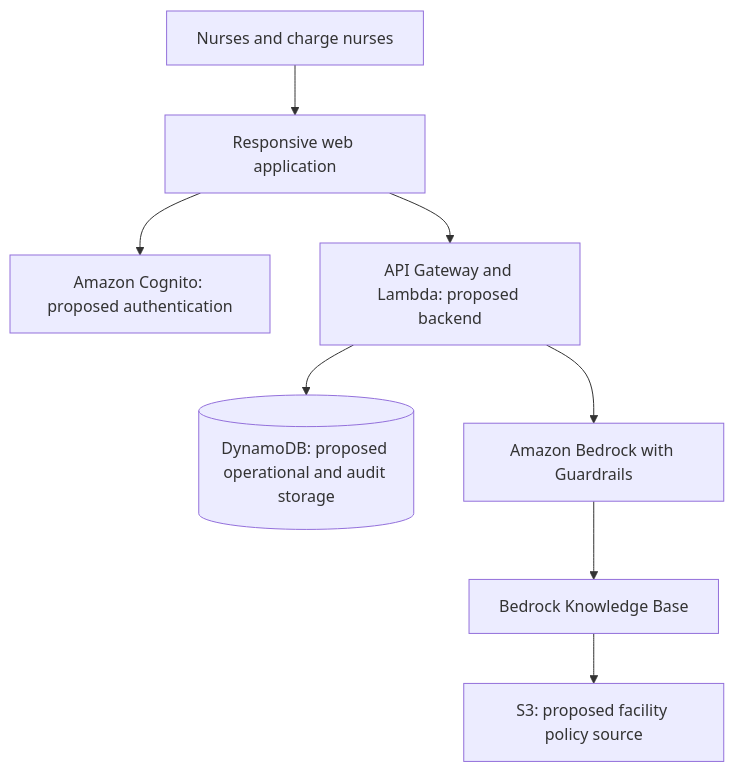
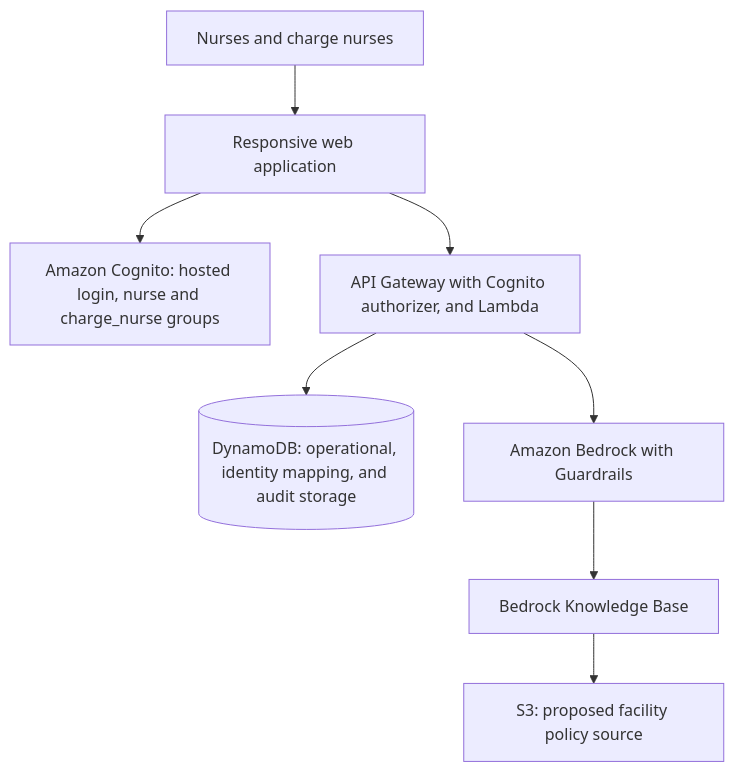
The diagram in README.md (VikramArunkumar/AWS-team-7), drawn with Mermaid before and after one commit. The commit also changed other lines of this file and 39 other files, not shown here.

````diff
--- a/README.md
+++ b/README.md
@@ -79,10 +87,10 @@
 ```mermaid
 flowchart TD
     Users[Nurses and charge nurses] --> Web[Responsive web application]
-    Web --> Auth[Amazon Cognito: proposed authentication]
-    Web --> API[API Gateway and Lambda: proposed backend]
-    API --> Store[(DynamoDB: proposed operational and audit storage)]
+    Web --> Auth[Amazon Cognito: hosted login, nurse and charge_nurse groups]
+    Web --> API[API Gateway with Cognito authorizer, and Lambda]
+    API --> Store[(DynamoDB: operational, identity mapping, and audit storage)]
     API --> AI[Amazon Bedrock with Guardrails]
     AI --> KB[Bedrock Knowledge Base]
     KB --> Policies[S3: proposed facility policy source]
 ```
````
